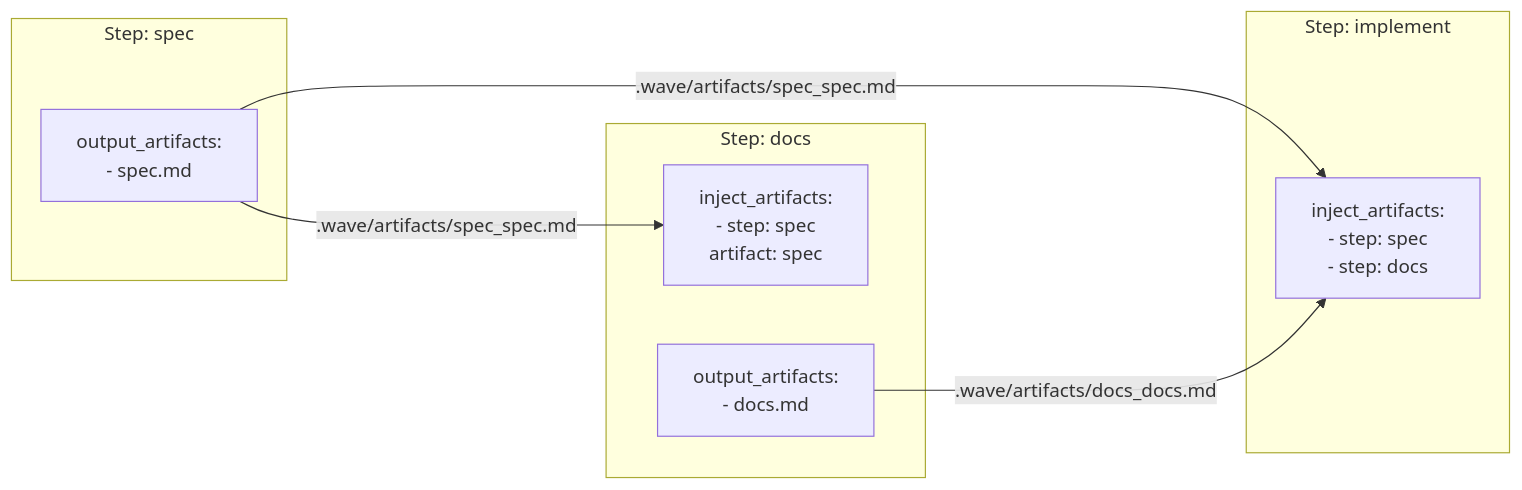
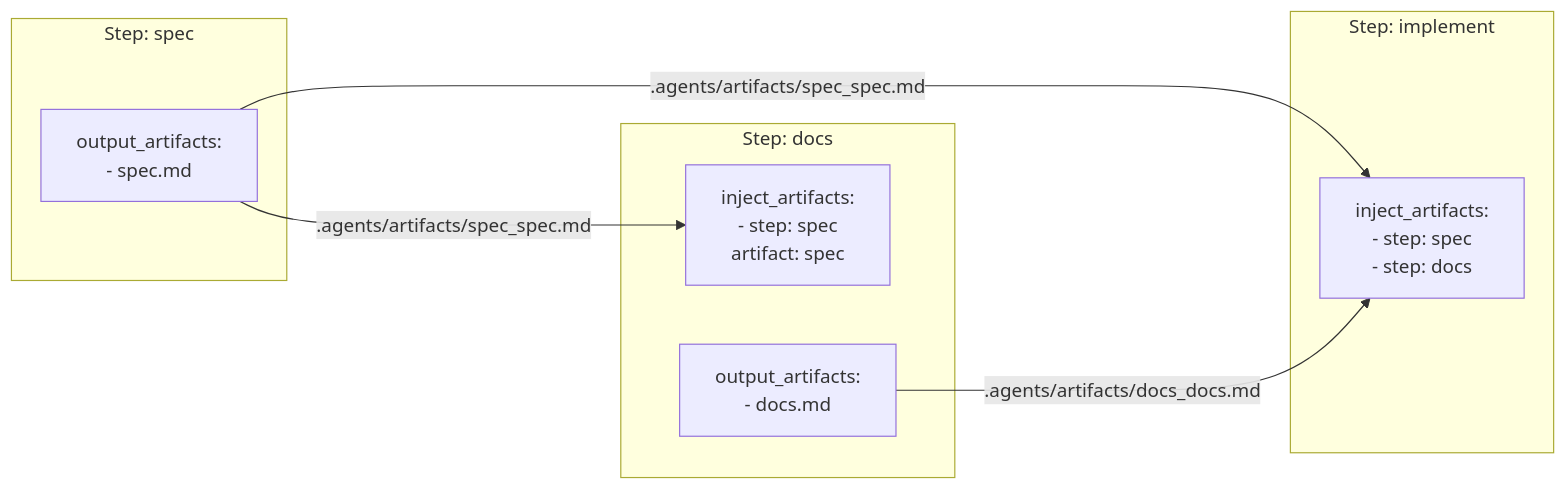
One commit to re-cinq/wave changed diagram 12 of 17 in docs/.archive/wave-architecture.md. Above: the diagram before and after it, drawn with Mermaid. The commit also changed other lines of this file and 629 other files, not shown here.

First line of the commit message:
refactor(layout): rename .wave/ → .agents/ for cross-tool convention

````diff
--- a/docs/.archive/wave-architecture.md
+++ b/docs/.archive/wave-architecture.md
@@ -425,19 +425,19 @@
 ```mermaid
 flowchart LR
     subgraph Step1["Step: spec"]
         S1OUT[output_artifacts:<br/>- spec.md]
     end
 
     subgraph Step2["Step: docs"]
         S2IN[inject_artifacts:<br/>- step: spec<br/>  artifact: spec]
         S2OUT[output_artifacts:<br/>- docs.md]
     end
 
     subgraph Step3["Step: implement"]
         S3IN[inject_artifacts:<br/>- step: spec<br/>- step: docs]
     end
 
-    S1OUT -->|".wave/artifacts/spec_spec.md"| S2IN
-    S1OUT -->|".wave/artifacts/spec_spec.md"| S3IN
-    S2OUT -->|".wave/artifacts/docs_docs.md"| S3IN
+    S1OUT -->|".agents/artifacts/spec_spec.md"| S2IN
+    S1OUT -->|".agents/artifacts/spec_spec.md"| S3IN
+    S2OUT -->|".agents/artifacts/docs_docs.md"| S3IN
 ```
````
